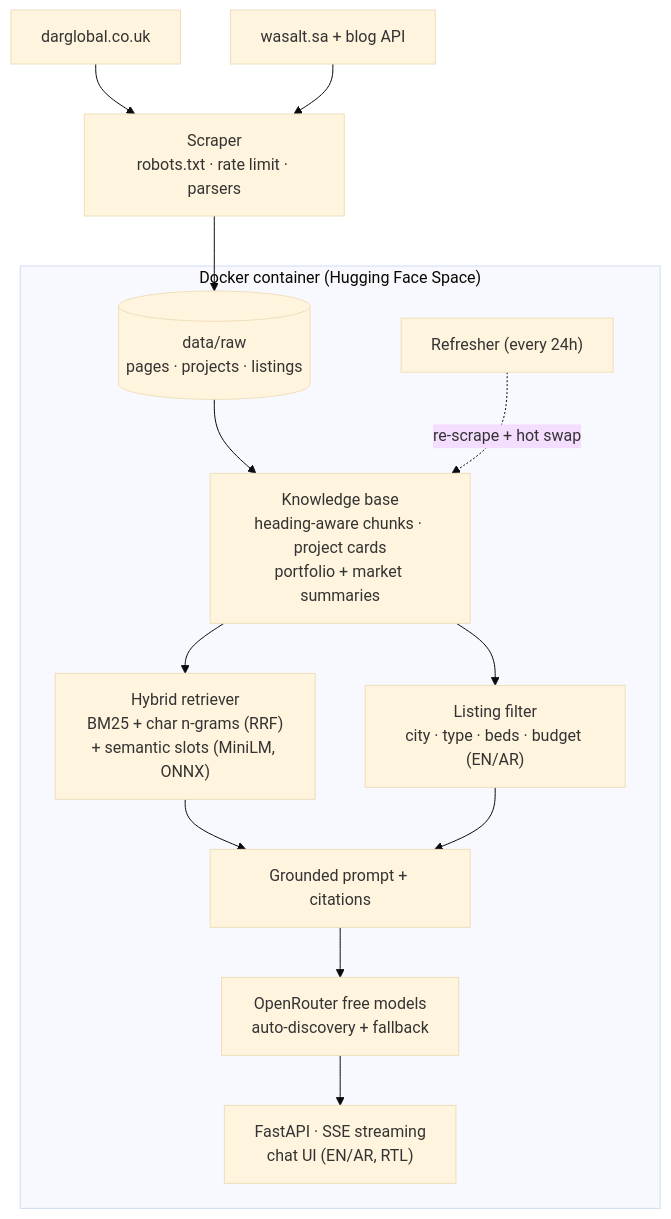
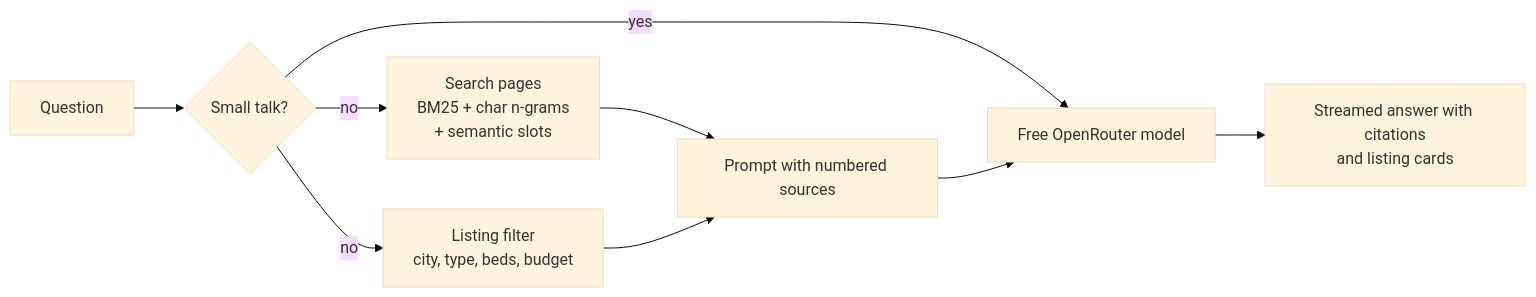
Before and after one commit to anfashassan/dar-assistant: the diagram in README.md, drawn with Mermaid (base theme). The commit also changed other lines of this file and 22 other files, not shown here.

````diff
--- a/README.md
+++ b/README.md
@@ -35,16 +64,11 @@
 ```mermaid
-flowchart TD
-    A[darglobal.co.uk] --> S
-    B[wasalt.sa + blog API] --> S
-    S["Scraper<br/>robots.txt · rate limit · parsers"] --> D[(data/raw<br/>pages · projects · listings)]
-    subgraph Container["Docker container (Hugging Face Space)"]
-      D --> K["Knowledge base<br/>heading-aware chunks · project cards<br/>portfolio + market summaries"]
-      K --> R["Hybrid retriever<br/>BM25 + char n-grams (RRF)<br/>+ semantic slots (MiniLM, ONNX)"]
-      K --> L["Listing filter<br/>city · type · beds · budget (EN/AR)"]
-      R --> P[Grounded prompt + citations]
-      L --> P
-      P --> O["OpenRouter free models<br/>auto-discovery + fallback"]
-      O --> U["FastAPI · SSE streaming<br/>chat UI (EN/AR, RTL)"]
-      F["Refresher (every 24h)"] -. re-scrape + hot swap .-> K
-    end
+flowchart LR
+    Q[Question] --> R{Small talk?}
+    R -- yes --> M[Model]
+    R -- no --> S[Search pages<br/>BM25 + char n-grams<br/>+ semantic slots]
+    R -- no --> L[Listing filter<br/>city, type, beds, budget]
+    S --> P[Prompt with numbered sources]
+    L --> P
+    P --> M[Free OpenRouter model]
+    M --> A[Streamed answer with citations<br/>and listing cards]
 ```
````
